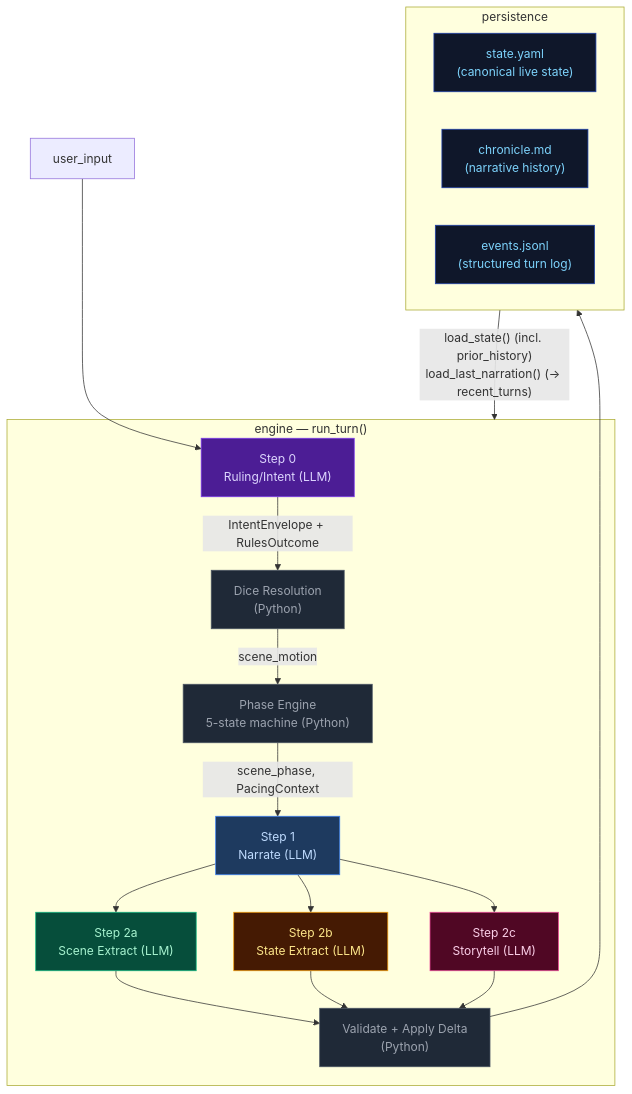
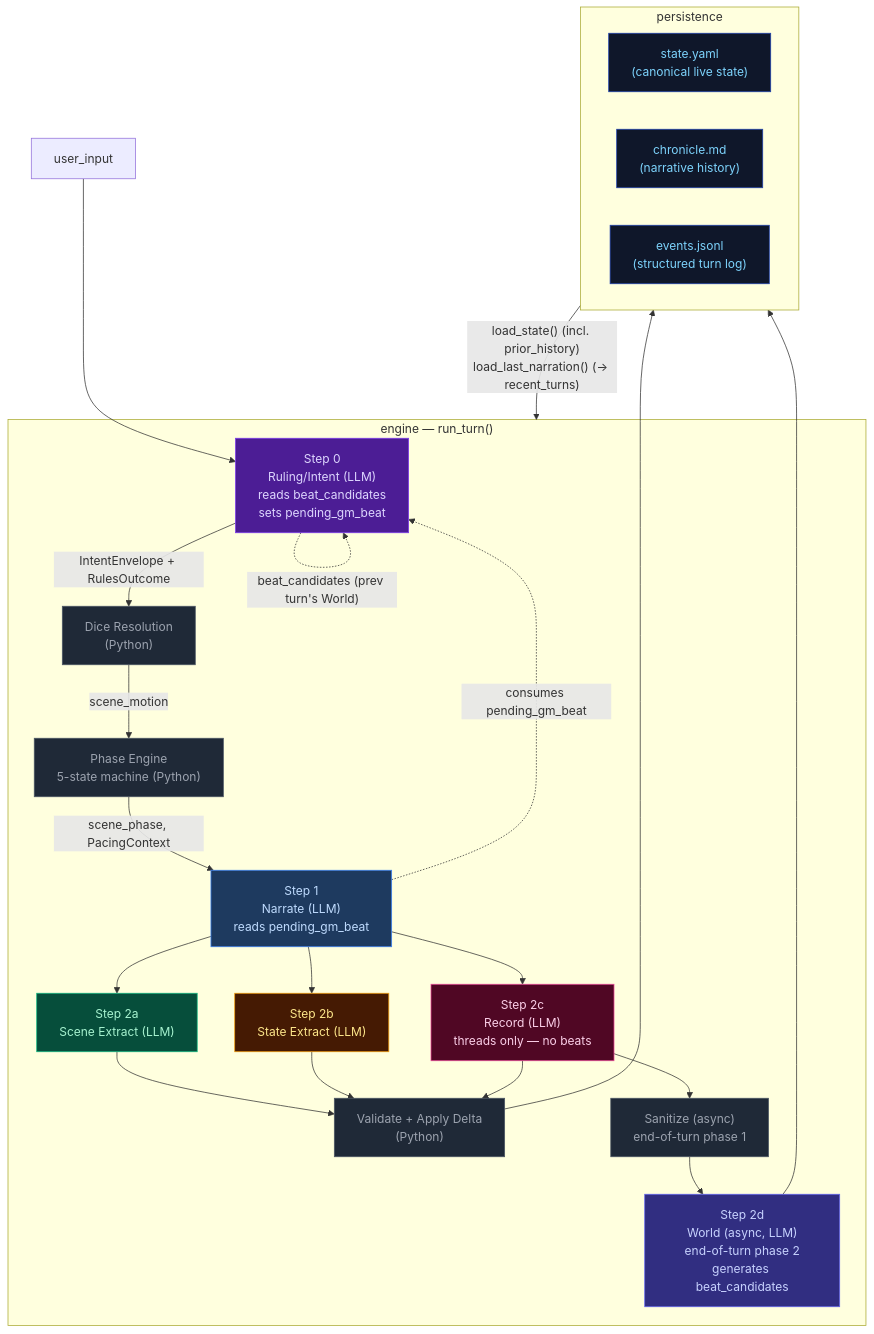
Before and after one commit to pww217/fablethread: the diagram in docs/architecture/OVERVIEW.md, drawn with Mermaid. The commit also changed other lines of this file and 27 other files, not shown here.

````diff
--- a/docs/architecture/OVERVIEW.md
+++ b/docs/architecture/OVERVIEW.md
@@ -10,38 +11,45 @@
 ```mermaid
 flowchart TD
     classDef stageRules    fill:#4c1d95,color:#ddd6fe,stroke:#7c3aed
     classDef stageNarrate  fill:#1e3a5f,color:#bfdbfe,stroke:#3b82f6
     classDef stageScene    fill:#064e3b,color:#a7f3d0,stroke:#10b981
     classDef stageState    fill:#451a03,color:#fde68a,stroke:#f59e0b
     classDef stageProgress fill:#500724,color:#fbcfe8,stroke:#ec4899
+    classDef stageWorld    fill:#312e81,color:#c7d2fe,stroke:#6366f1
     classDef storageNode   fill:#0f172a,color:#7dd3fc,stroke:#1e40af
     classDef pyNode        fill:#1f2937,color:#9ca3af,stroke:#4b5563
 
     USER["user_input"]
 
     subgraph ENGINE["engine — run_turn()"]
-        STEP0["Step 0<br>Ruling/Intent (LLM)"]:::stageRules
+        STEP0["Step 0<br>Ruling/Intent (LLM)<br>reads beat_candidates<br>sets pending_gm_beat"]:::stageRules
         DICE["Dice Resolution<br>(Python)"]:::pyNode
         PHASE["Phase Engine<br>5-state machine (Python)"]:::pyNode
-        STEP1["Step 1<br>Narrate (LLM)"]:::stageNarrate
+        STEP1["Step 1<br>Narrate (LLM)<br>reads pending_gm_beat"]:::stageNarrate
         STEP2A["Step 2a<br>Scene Extract (LLM)"]:::stageScene
         STEP2B["Step 2b<br>State Extract (LLM)"]:::stageState
-        STEP2C["Step 2c<br>Storytell (LLM)"]:::stageProgress
+        STEP2C["Step 2c<br>Record (LLM)<br>threads only — no beats"]:::stageProgress
         VALIDATE["Validate + Apply Delta<br>(Python)"]:::pyNode
+        SANITIZE["Sanitize (async)<br>end-of-turn phase 1"]:::pyNode
+        STEP2D["Step 2d<br>World (async, LLM)<br>end-of-turn phase 2<br>generates beat_candidates"]:::stageWorld
     end
 
     subgraph PERSISTENCE["persistence"]
         STATE["state.yaml<br>(canonical live state)"]:::storageNode
         CHRONICLE["chronicle.md<br>(narrative history)"]:::storageNode
         EVENTS["events.jsonl<br>(structured turn log)"]:::storageNode
     end
 
     USER --> STEP0
     STEP0 -- "IntentEnvelope + RulesOutcome" --> DICE
     DICE -- "scene_motion" --> PHASE
     PHASE -- "scene_phase, PacingContext" --> STEP1
     STEP1 --> STEP2A & STEP2B & STEP2C
     STEP2A & STEP2B & STEP2C --> VALIDATE
     VALIDATE --> PERSISTENCE
+    STEP0 -. "beat_candidates (prev turn's World)" .-> STEP0
     PERSISTENCE -- "load_state() (incl. prior_history)<br>load_last_narration() (→ recent_turns)" --> ENGINE
+    STEP1 -. "consumes pending_gm_beat" .-> STEP0
+    STEP2C --> SANITIZE --> STEP2D
+    STEP2D --> PERSISTENCE
 ```
````
